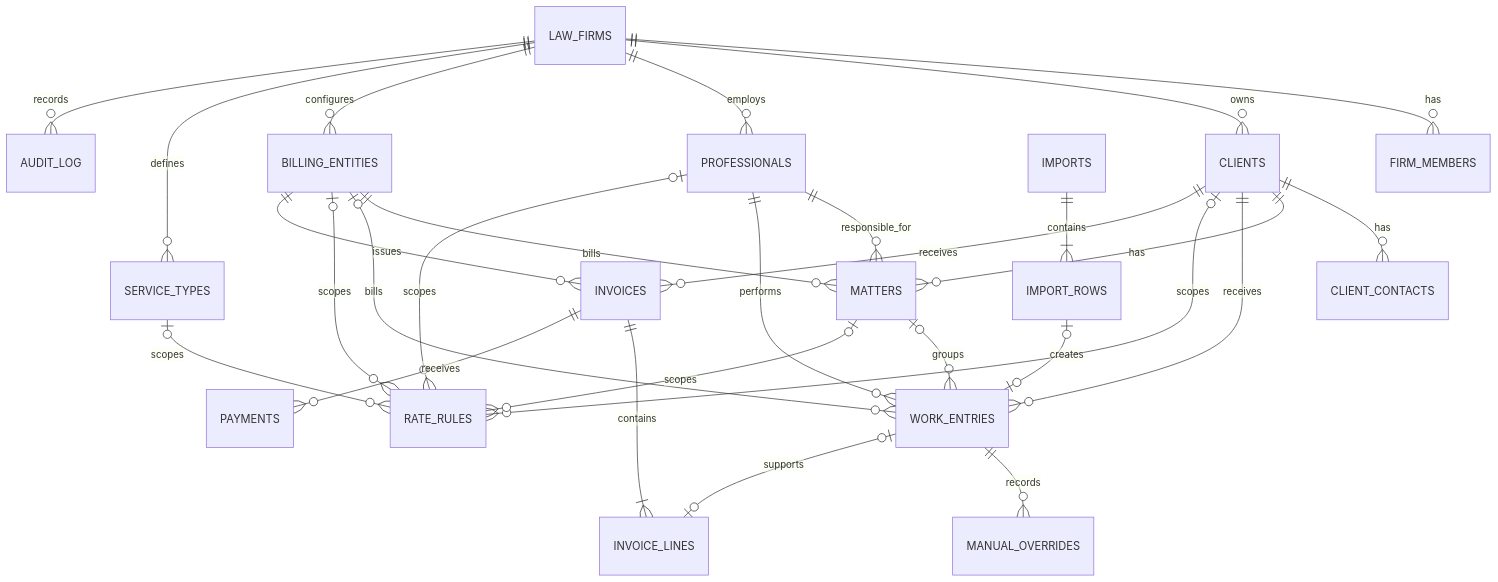
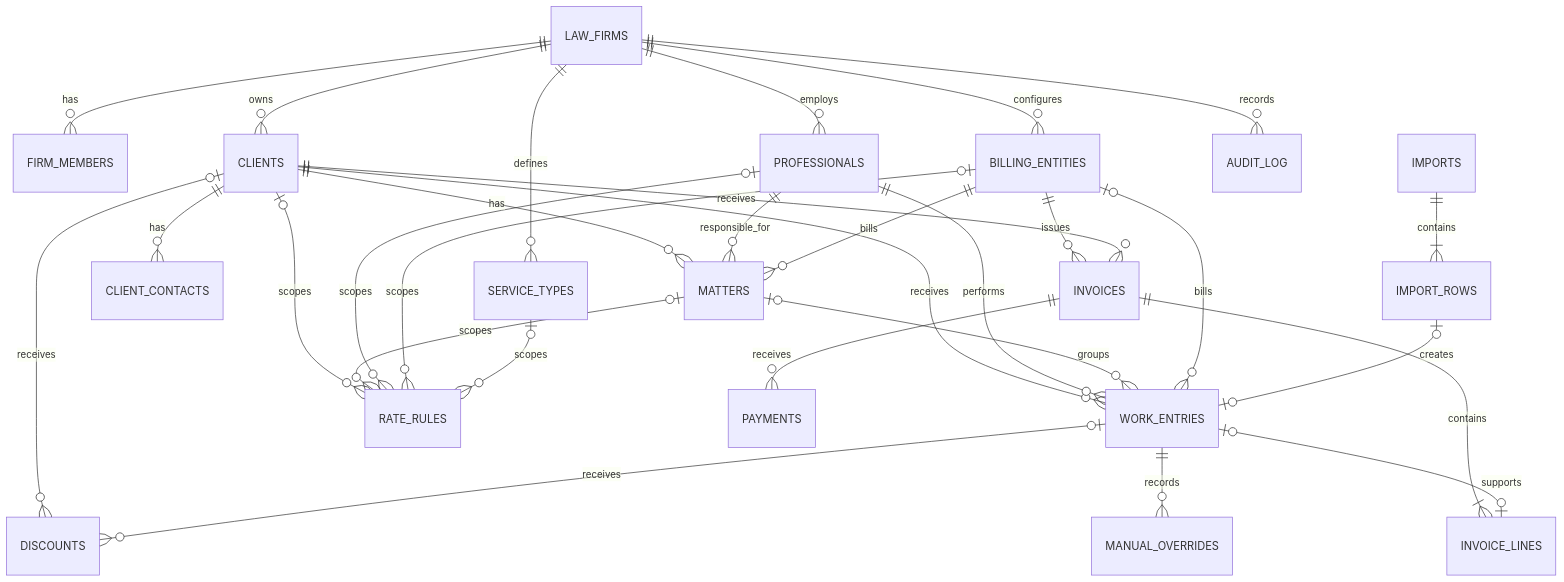
The diagram in docs/database/data-model.md (dabranches-collab/legal-carina), drawn with Mermaid before and after one commit. The commit also changed other lines of this file and 12 other files, not shown here.

````diff
--- a/docs/database/data-model.md
+++ b/docs/database/data-model.md
@@ -11,30 +11,32 @@
 ```mermaid
 erDiagram
     LAW_FIRMS ||--o{ FIRM_MEMBERS : has
     LAW_FIRMS ||--o{ CLIENTS : owns
     LAW_FIRMS ||--o{ PROFESSIONALS : employs
     LAW_FIRMS ||--o{ BILLING_ENTITIES : configures
     LAW_FIRMS ||--o{ SERVICE_TYPES : defines
     CLIENTS ||--o{ CLIENT_CONTACTS : has
     CLIENTS ||--o{ MATTERS : has
     PROFESSIONALS ||--o{ MATTERS : responsible_for
     BILLING_ENTITIES ||--o{ MATTERS : bills
     CLIENTS ||--o{ WORK_ENTRIES : receives
     PROFESSIONALS ||--o{ WORK_ENTRIES : performs
     MATTERS o|--o{ WORK_ENTRIES : groups
     BILLING_ENTITIES o|--o{ WORK_ENTRIES : bills
     CLIENTS o|--o{ RATE_RULES : scopes
     MATTERS o|--o{ RATE_RULES : scopes
     PROFESSIONALS o|--o{ RATE_RULES : scopes
     BILLING_ENTITIES o|--o{ RATE_RULES : scopes
     SERVICE_TYPES o|--o{ RATE_RULES : scopes
+    CLIENTS o|--o{ DISCOUNTS : receives
+    WORK_ENTRIES o|--o{ DISCOUNTS : receives
     WORK_ENTRIES ||--o{ MANUAL_OVERRIDES : records
     BILLING_ENTITIES ||--o{ INVOICES : issues
     CLIENTS ||--o{ INVOICES : receives
     INVOICES ||--|{ INVOICE_LINES : contains
     WORK_ENTRIES o|--o| INVOICE_LINES : supports
     INVOICES ||--o{ PAYMENTS : receives
     IMPORTS ||--|{ IMPORT_ROWS : contains
     IMPORT_ROWS o|--o| WORK_ENTRIES : creates
     LAW_FIRMS ||--o{ AUDIT_LOG : records
 ```
````
